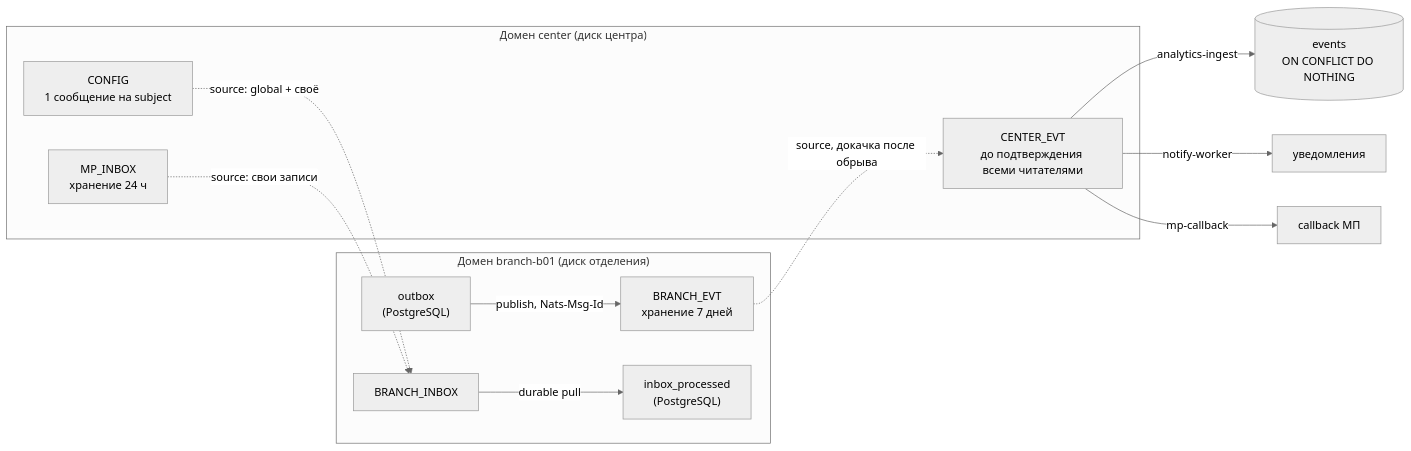
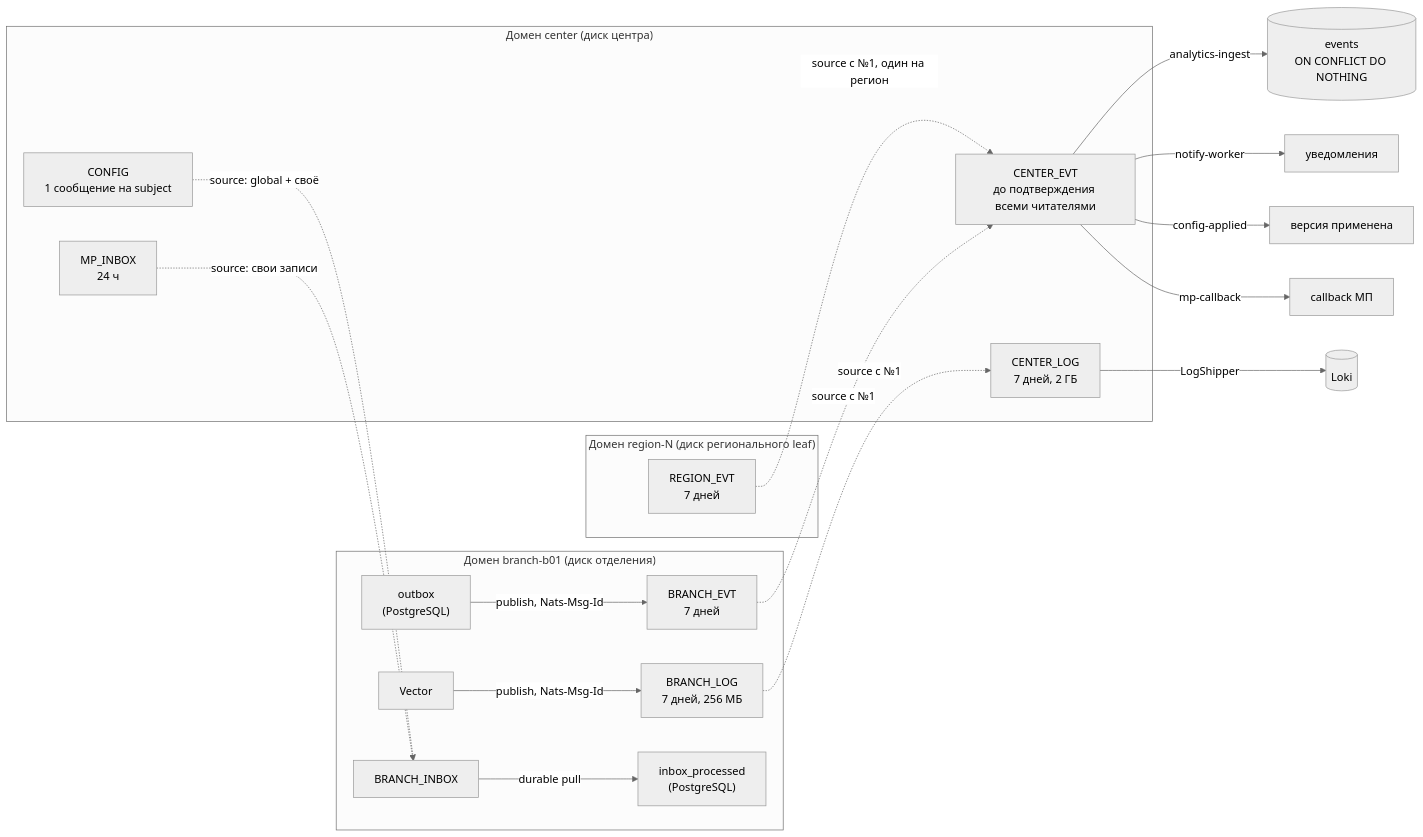
One commit to OsipShmel/esuo-deploy changed the second of 2 diagrams in docs/ESUO-design-doc.md. Above: the diagram before and after it, drawn with Mermaid (neutral theme). The commit also changed other lines of this file and 9 other files, not shown here.

````diff
--- a/docs/ESUO-design-doc.md
+++ b/docs/ESUO-design-doc.md
@@ -153,18 +170,27 @@
 ```mermaid
 flowchart LR
     subgraph BD["Домен branch-b01 (диск отделения)"]
-        OUT["outbox<br/>(PostgreSQL)"] -->|"publish, Nats-Msg-Id"| BE["BRANCH_EVT<br/>хранение 7 дней"]
+        OUT["outbox<br/>(PostgreSQL)"] -->|"publish, Nats-Msg-Id"| BE["BRANCH_EVT<br/>7 дней"]
+        VEC["Vector"] -->|"publish, Nats-Msg-Id"| BL["BRANCH_LOG<br/>7 дней, 256 МБ"]
         BI["BRANCH_INBOX"] -->|"durable pull"| INB["inbox_processed<br/>(PostgreSQL)"]
+    end
+    subgraph RD["Домен region-N (диск регионального leaf)"]
+        RE["REGION_EVT<br/>7 дней"]
     end
     subgraph CD["Домен center (диск центра)"]
         CE["CENTER_EVT<br/>до подтверждения всеми читателями"]
+        CL["CENTER_LOG<br/>7 дней, 2 ГБ"]
         CFG["CONFIG<br/>1 сообщение на subject"]
-        MP["MP_INBOX<br/>хранение 24 ч"]
+        MP["MP_INBOX<br/>24 ч"]
     end
-    BE -.->|"source, докачка после обрыва"| CE
+    BE -.->|"source с №1"| CE
+    RE -.->|"source с №1, один на регион"| CE
+    BL -.->|"source с №1"| CL
     CFG -.->|"source: global + своё"| BI
     MP -.->|"source: свои записи"| BI
     CE -->|"analytics-ingest"| EV[("events<br/>ON CONFLICT DO NOTHING")]
     CE -->|"notify-worker"| NW["уведомления"]
+    CE -->|"config-applied"| CA["версия применена"]
     CE -->|"mp-callback"| MPC["callback МП"]
+    CL -->|"LogShipper"| LK[("Loki")]
 ```
````
